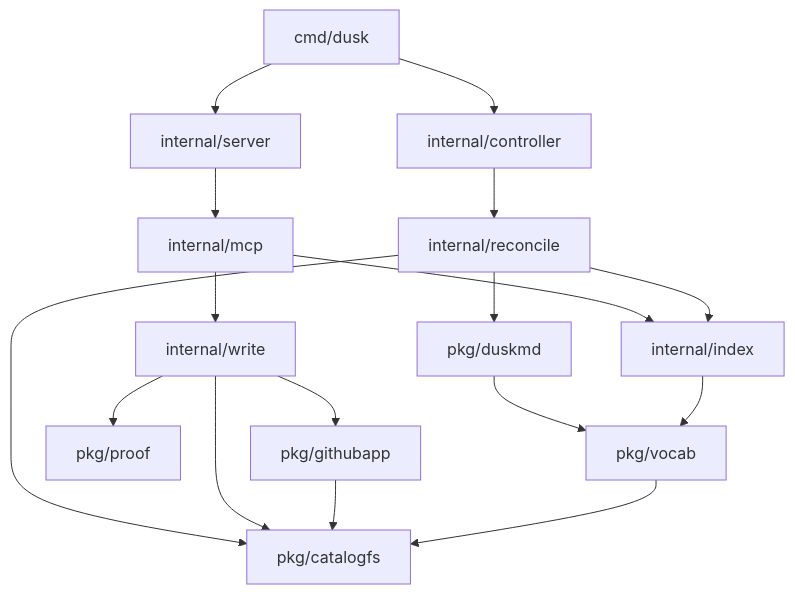
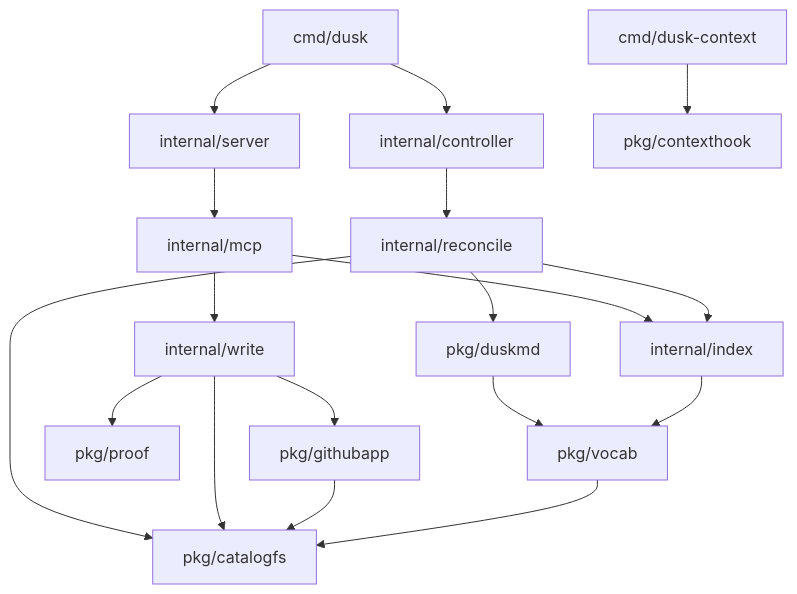
The diagram in docs/packages.md (NerdsWhoFish/dusk), drawn with Mermaid before and after one commit. The commit also changed other lines of this file and 7 other files, not shown here.

Commit message:
feat(contexthook): inject Dusk's orientation at session start

````diff
--- a/docs/packages.md
+++ b/docs/packages.md
@@ -26,19 +26,20 @@
 ```mermaid
 graph TD
   CMD["cmd/dusk"] --> SRV["internal/server"]
   CMD --> CTL["internal/controller"]
+  HOOK["cmd/dusk-context"] --> CTX["pkg/contexthook"]
   SRV --> MCP["internal/mcp"]
   CTL --> REC["internal/reconcile"]
   MCP --> IDX["internal/index"]
   MCP --> WRI["internal/write"]
   REC --> IDX
   REC --> CFS["pkg/catalogfs"]
   REC --> MD["pkg/duskmd"]
   WRI --> GH["pkg/githubapp"]
   WRI --> PRF["pkg/proof"]
   WRI --> CFS
   GH --> CFS
   MD --> VOC["pkg/vocab"]
   IDX --> VOC
   VOC --> CFS
 ```
````
